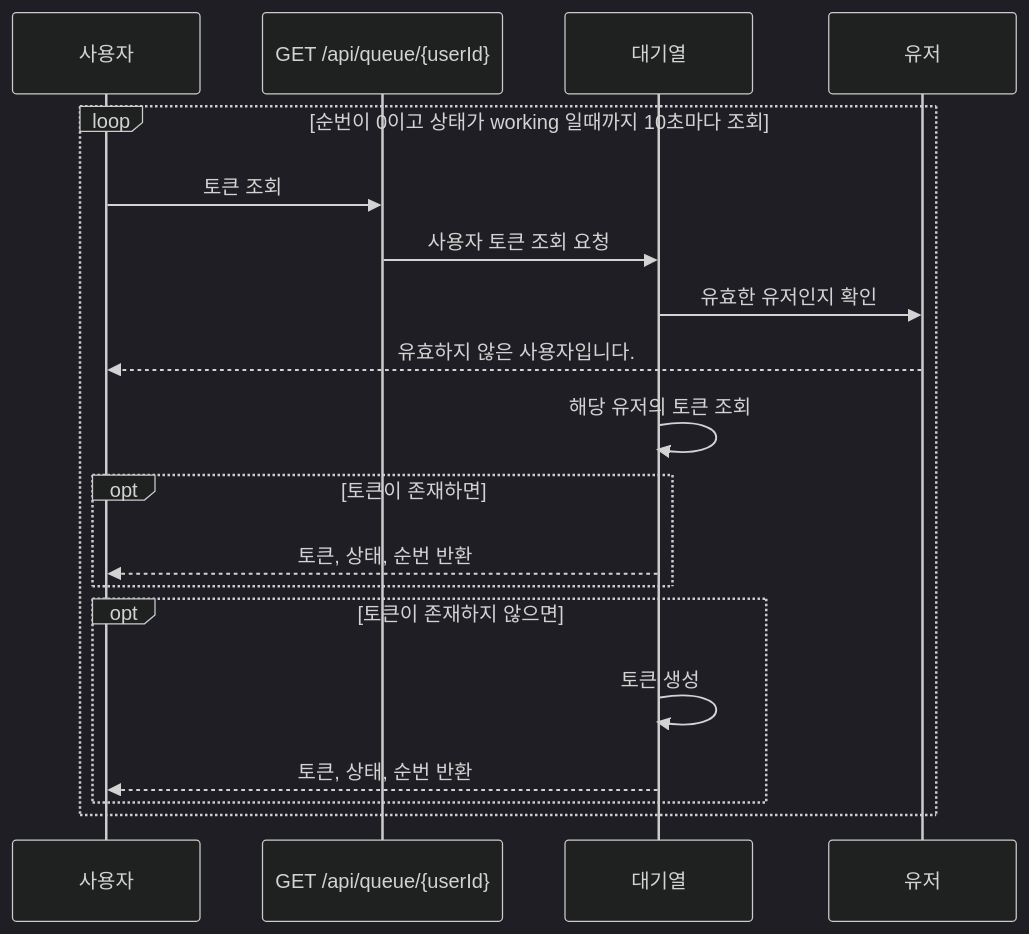
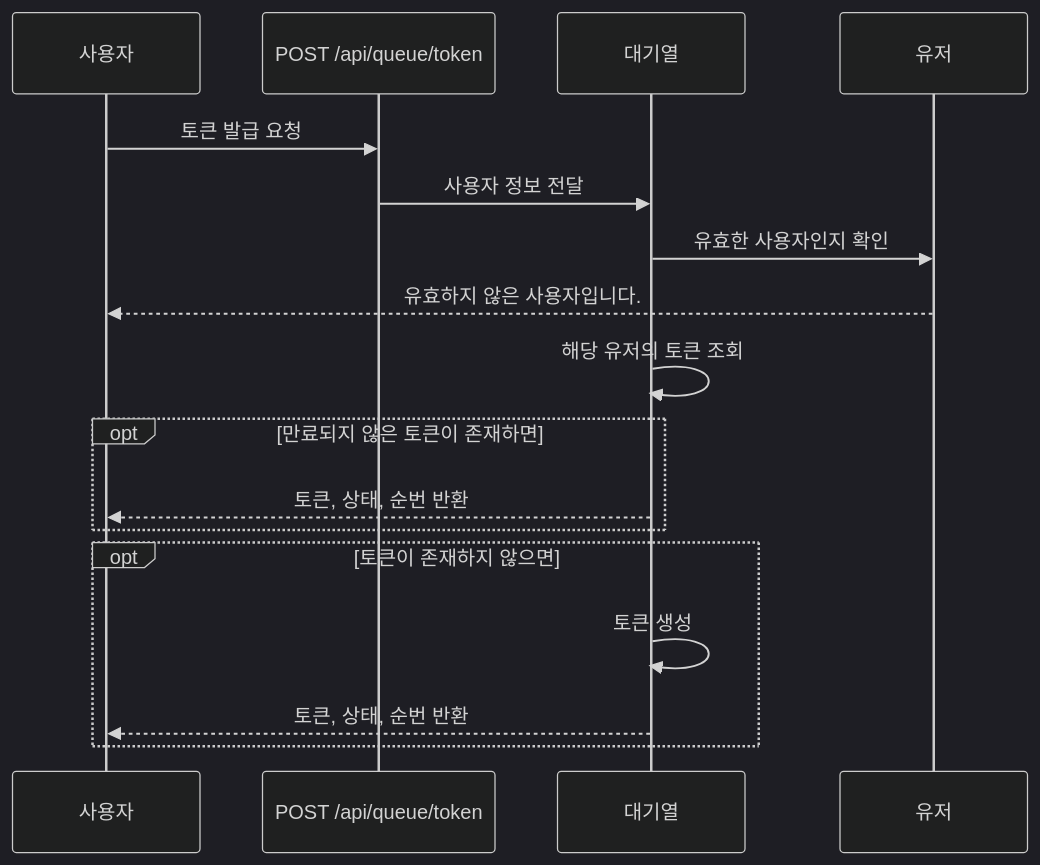
Before and after one commit to Ksanbal/Concert-Reservation-API: the first of 13 diagrams in README.md, drawn with Mermaid (dark theme). The commit also changed other lines of this file, not shown here.

First line of the commit message:
:books:Docs: 대기열 토큰 시퀀스 다이어그램 변경

````diff
--- a/README.md
+++ b/README.md
@@ -24,20 +24,18 @@
 ```mermaid
 sequenceDiagram
 
-loop 순번이 0이고 상태가 working 일때까지 10초마다 조회
-  사용자 ->> GET /api/queue/{userId}: 토큰 조회
-  GET /api/queue/{userId} ->> 대기열:사용자 토큰 조회 요청
+사용자 ->> POST /api/queue/token: 토큰 발급 요청
+POST /api/queue/token ->> 대기열: 사용자 정보 전달
 
-  대기열 ->> 유저: 유효한 유저인지 확인
-  유저 -->> 사용자: 유효하지 않은 사용자입니다.
+대기열 ->> 유저: 유효한 사용자인지 확인
+유저 -->> 사용자: 유효하지 않은 사용자입니다.
 
-  대기열 ->> 대기열: 해당 유저의 토큰 조회
-  opt 토큰이 존재하면
-    대기열 -->> 사용자: 토큰, 상태, 순번 반환
-  end
-  opt 토큰이 존재하지 않으면
-    대기열 ->> 대기열: 토큰 생성
-    대기열 -->> 사용자: 토큰, 상태, 순번 반환
-  end
+대기열 ->> 대기열: 해당 유저의 토큰 조회
+opt 만료되지 않은 토큰이 존재하면
+  대기열 -->> 사용자: 토큰, 상태, 순번 반환
+end
+opt 토큰이 존재하지 않으면
+  대기열 ->> 대기열: 토큰 생성
+  대기열 -->> 사용자: 토큰, 상태, 순번 반환
 end
 ```
````
